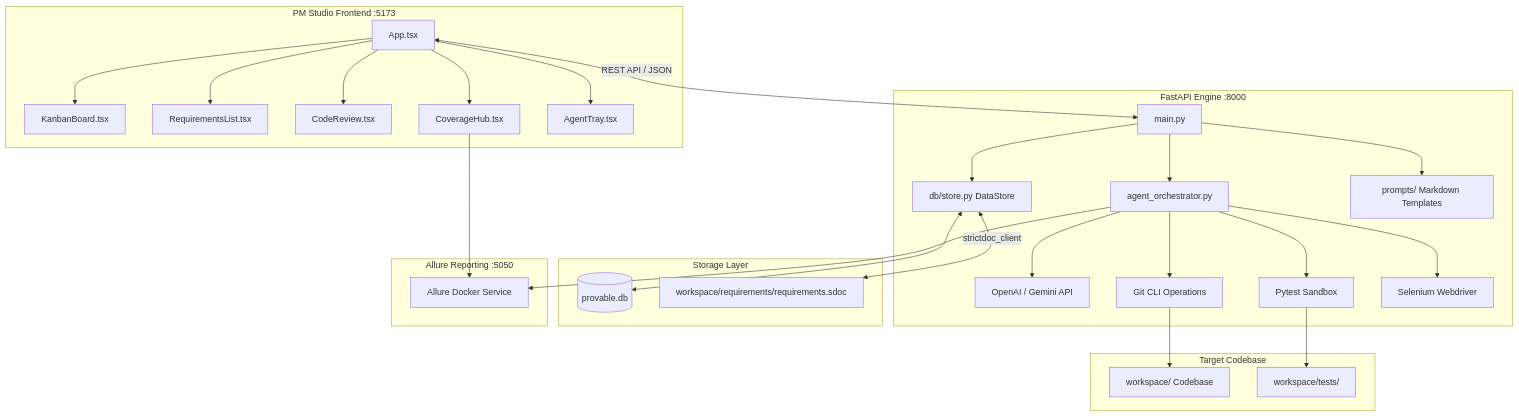
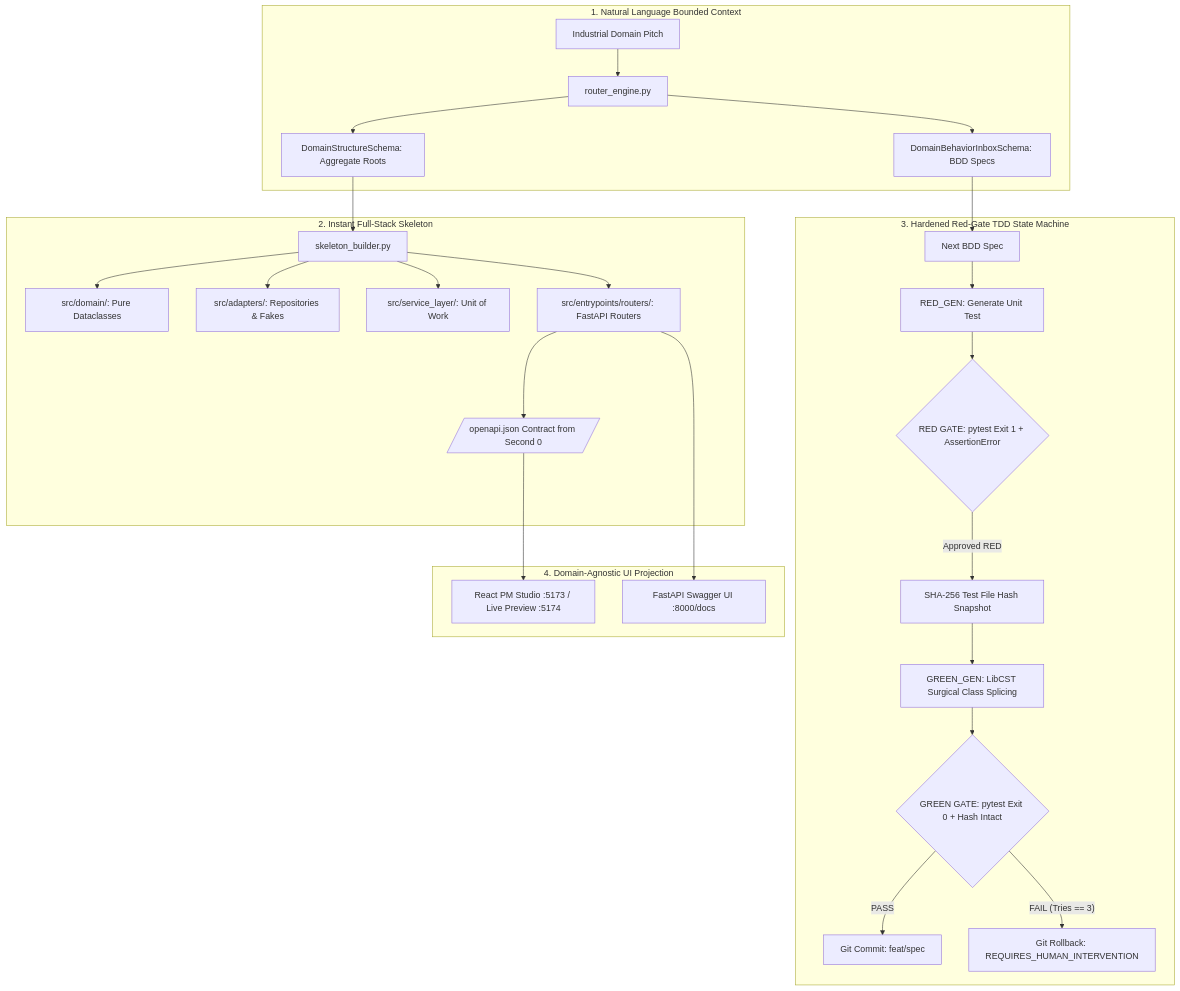
One commit to AlbinAhlstrom/provable changed the diagram in README.md. Above: the diagram before and after it, drawn with Mermaid. The commit also changed other lines of this file and 17 other files, not shown here.

Commit message:
docs: complete massive documentation and architectural synchronization pass across vault and project

````diff
--- a/README.md
+++ b/README.md
@@ -46,37 +48,33 @@
 ```mermaid
 graph TD
-    subgraph Frontend [PM Studio Frontend :5173]
-        App[App.tsx] --> Kanban[KanbanBoard.tsx]
-        App --> ReqList[RequirementsList.tsx]
-        App --> Review[CodeReview.tsx]
-        App --> Coverage[CoverageHub.tsx]
-        App --> Tray[AgentTray.tsx]
+    subgraph Intake [1. Natural Language Bounded Context]
+        Pitch[Industrial Domain Pitch] --> Router[router_engine.py]
+        Router --> Struct[DomainStructureSchema: Aggregate Roots]
+        Router --> Inbox[DomainBehaviorInboxSchema: BDD Specs]
     end
 
-    subgraph Backend [FastAPI Engine :8000]
-        API[main.py] --> Store[db/store.py DataStore]
-        API --> Orchestrator[agent_orchestrator.py]
-        API --> Prompts[prompts/ Markdown Templates]
-        Orchestrator --> LLM[OpenAI / Gemini API]
-        Orchestrator --> Git[Git CLI Operations]
-        Orchestrator --> Pytest[Pytest Sandbox]
-        Orchestrator --> Selenium[Selenium Webdriver]
+    subgraph Skeleton [2. Instant Full-Stack Skeleton]
+        Struct --> SkeletonBuilder[skeleton_builder.py]
+        SkeletonBuilder --> Domain[src/domain/: Pure Dataclasses]
+        SkeletonBuilder --> Adapters[src/adapters/: Repositories & Fakes]
+        SkeletonBuilder --> UoW[src/service_layer/: Unit of Work]
+        SkeletonBuilder --> Routers[src/entrypoints/routers/: FastAPI Routers]
+        Routers --> OpenAPI[/openapi.json Contract from Second 0/]
     end
 
-    subgraph DB [Storage Layer]
-        Store <--> SQLite[(provable.db)]
-        Store <-->|strictdoc_client| SDoc[workspace/requirements/requirements.sdoc]
+    subgraph TDD [3. Hardened Red-Gate TDD State Machine]
+        Inbox --> PopSpec[Next BDD Spec]
+        PopSpec --> RedGen[RED_GEN: Generate Unit Test]
+        RedGen --> RedGate{RED GATE: pytest Exit 1 + AssertionError}
+        RedGate -- Approved RED --> HashLock[SHA-256 Test File Hash Snapshot]
+        HashLock --> GreenGen[GREEN_GEN: LibCST Surgical Class Splicing]
+        GreenGen --> GreenGate{GREEN GATE: pytest Exit 0 + Hash Intact}
+        GreenGate -- PASS --> Commit[Git Commit: feat/spec]
+        GreenGate -- FAIL (Tries == 3) --> DeadEnd[Git Rollback: REQUIRES_HUMAN_INTERVENTION]
     end
 
-    subgraph Sandbox [Target Codebase]
-        Git --> Workspace[workspace/ Codebase]
-        Pytest --> WorkspaceTests[workspace/tests/]
+    subgraph Presentation [4. Domain-Agnostic UI Projection]
+        OpenAPI --> UI[React PM Studio :5173 / Live Preview :5174]
+        Routers --> Swagger[FastAPI Swagger UI :8000/docs]
     end
-
-    subgraph Docker [Allure Reporting :5050]
-        Orchestrator --> Allure[Allure Docker Service]
-        Coverage --> Allure
-    end
-
-    App <-->|REST API / JSON| API
 ```
````
